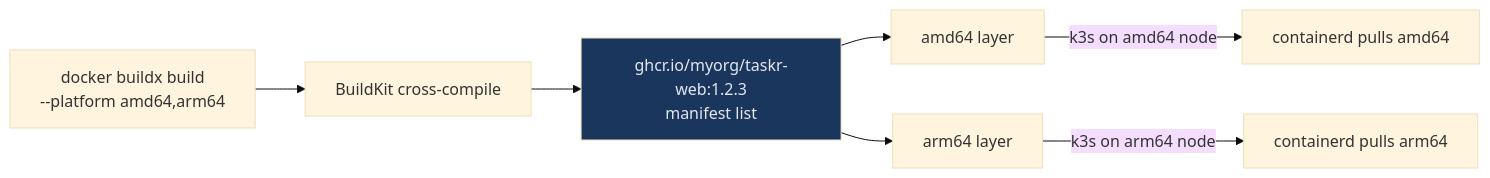
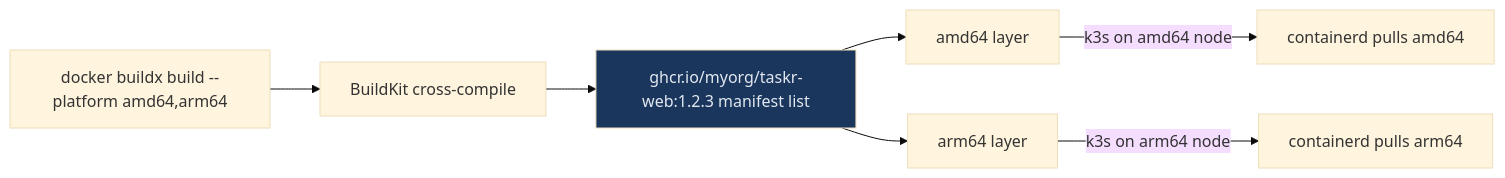
The third of 6 diagrams in 17_docker_to_k3s/03_images_and_registries.md (UncleJS/course_k3s), drawn with Mermaid (base theme) before and after one commit. The commit also changed other lines of this file and 57 other files, not shown here.

````diff
--- a/17_docker_to_k3s/03_images_and_registries.md
+++ b/17_docker_to_k3s/03_images_and_registries.md
@@ -142,10 +142,10 @@
 ```mermaid
 flowchart LR
-    A[docker buildx build\n--platform amd64,arm64] --> B[BuildKit cross-compile]
-    B --> C[ghcr.io/myorg/taskr-web:1.2.3\nmanifest list]
+    A[docker buildx build --platform amd64,arm64] --> B[BuildKit cross-compile]
+    B --> C[ghcr.io/myorg/taskr-web:1.2.3 manifest list]
     C --> D[amd64 layer]
     C --> E[arm64 layer]
     D -->|k3s on amd64 node| F[containerd pulls amd64]
     E -->|k3s on arm64 node| G[containerd pulls arm64]
     style C fill:#1a365d,color:#e2e8f0
 ```
````
